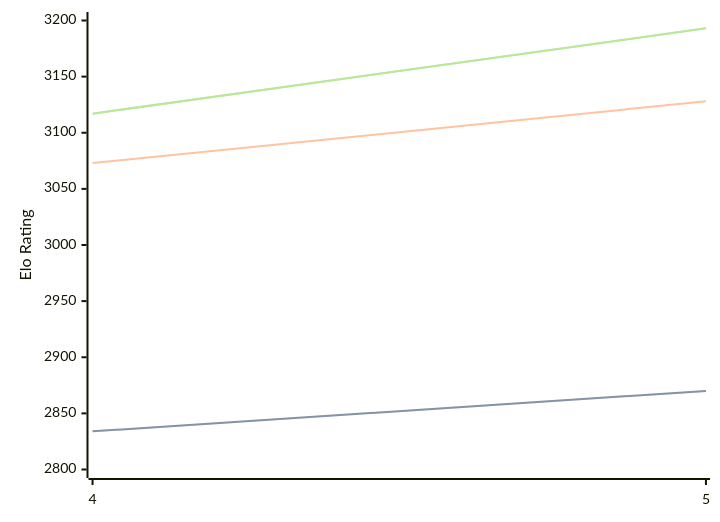
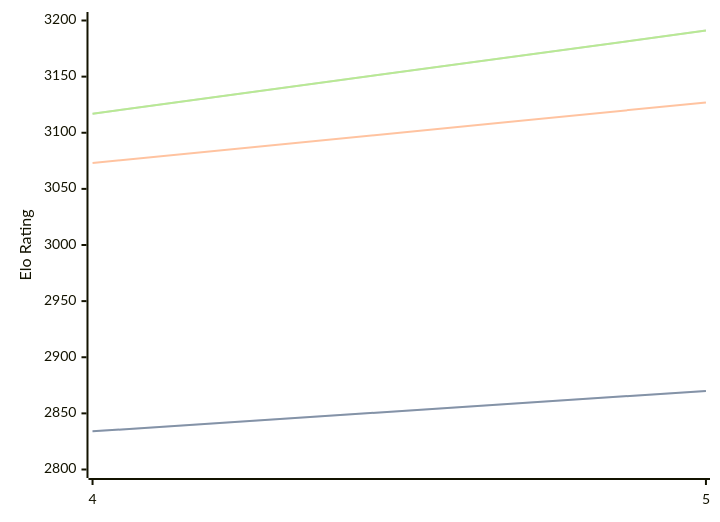
The diagram in engines/Cwtch.md (computer-chess-index/cci), drawn with Mermaid before and after one commit. The commit also changed other lines of this file, not shown here.

Commit message:
Update CCI Ratings (ELO VLTC) - 2026-06-12

````diff
--- a/engines/Cwtch.md
+++ b/engines/Cwtch.md
@@ -34,11 +34,11 @@
 ```mermaid
 %%{init: {"theme":"base","themeVariables":{"seriesColors:['#a3a3a3','#222221','#faa371']}}}%%
 xychart-beta
   x-axis ["4", "5"]
   y-axis "Elo Rating" 2800 --> 3200
   line "STC (8.0+0.08s)" [2834, 2870]
   line "STC (8.0+0.08s)" [2834, 2870]
-  line "LTC (60.0+0.60s)" [3073, 3128]
-  line "VLTC (2m24s+1.12s)" [3117, 3193]
-  line "VLTC (2m24s+1.12s)" [3117, 3193]
+  line "LTC (60.0+0.60s)" [3073, 3127]
+  line "VLTC (2m24s+1.12s)" [3117, 3191]
+  line "VLTC (2m24s+1.12s)" [3117, 3191]
 ```
````
